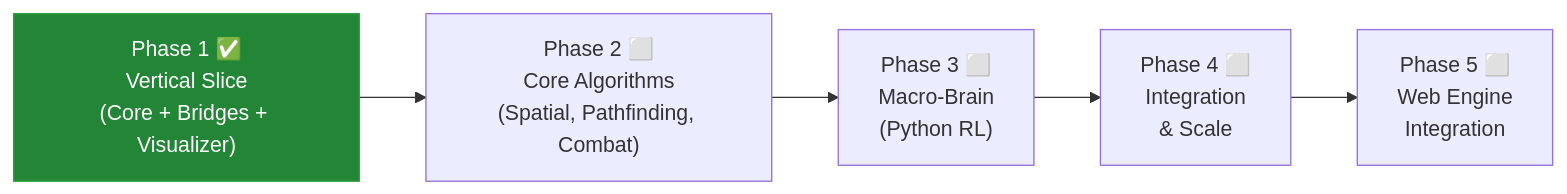
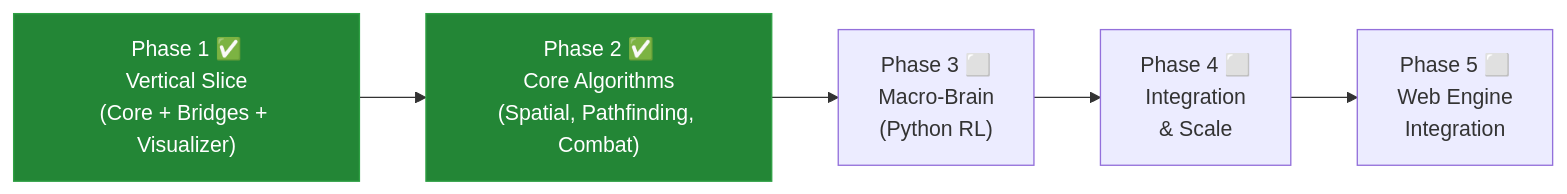
Before and after one commit to QiQi14/mass-swarm-ai-simulator: the diagram in ROADMAP.md, drawn with Mermaid. The commit also changed other lines of this file and 67 other files, not shown here.

````diff
--- a/ROADMAP.md
+++ b/ROADMAP.md
@@ -9,15 +9,16 @@
 ```mermaid
 graph LR
     P1["Phase 1 ✅\nVertical Slice\n(Core + Bridges + Visualizer)"]
-    P2["Phase 2 ⬜\nCore Algorithms\n(Spatial, Pathfinding, Combat)"]
+    P2["Phase 2 ✅\nCore Algorithms\n(Spatial, Pathfinding, Combat)"]
     P3["Phase 3 ⬜\nMacro-Brain\n(Python RL)"]
     P4["Phase 4 ⬜\nIntegration\n& Scale"]
     P5["Phase 5 ⬜\nWeb Engine\nIntegration"]
 
     P1 --> P2
     P2 --> P3
     P3 --> P4
     P4 --> P5
 
     style P1 fill:#238636,stroke:#2ea043,color:#fff
+    style P2 fill:#238636,stroke:#2ea043,color:#fff
 ```
````
